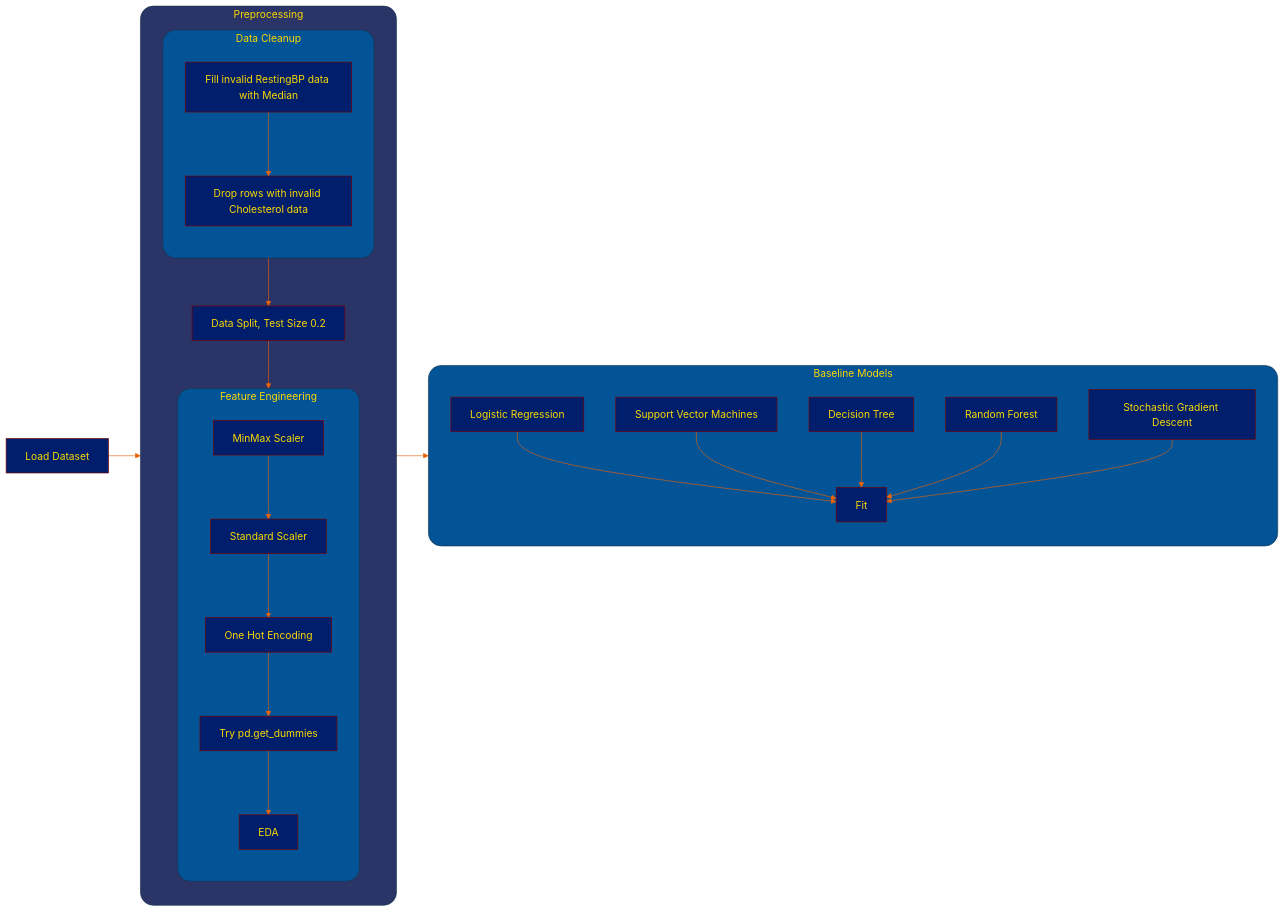
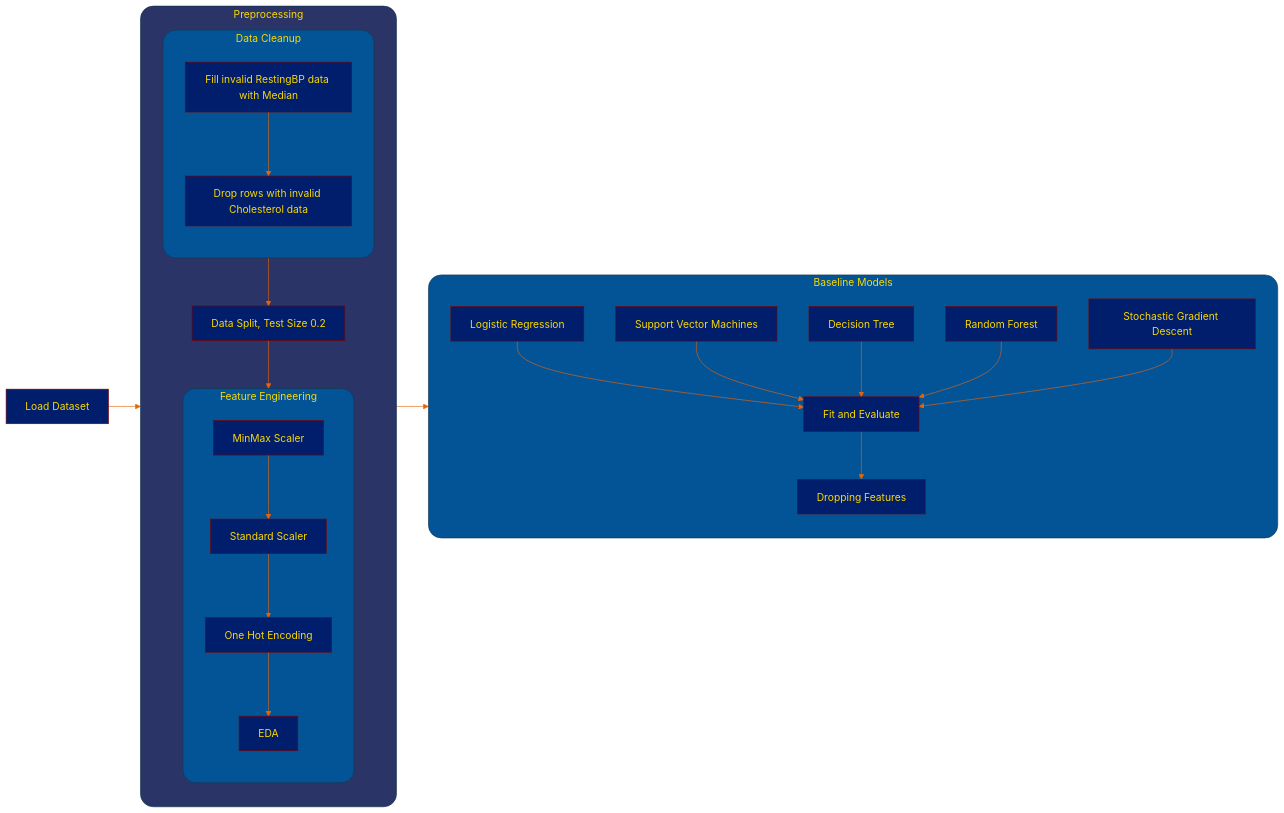
The diagram in README.md (rashika-dabas/Heart-Failure-Prediction), drawn with Mermaid before and after one commit.

````diff
--- a/README.md
+++ b/README.md
@@ -7,62 +7,62 @@
 ```mermaid
 %%{
   init: {
     'theme': 'base',
     'themeVariables': {
       'primaryColor': '#001E6C',
       'primaryTextColor': '#FCD900',
       'primaryBorderColor': '#7C0000',
       'lineColor': '#E8630A',
       'secondaryColor': '#BAD7E9',
       'tertiaryColor': '#035397'
     }
   }
 }%%
 
 graph LR
     subgraph prepro[Preprocessing]
         direction TB
         clean --> split[Data Split, Test Size 0.2]
         split --> enc
     end
     style prepro fill:#2B3467,color:#FCD900,rx:20,ry:20;
 
     subgraph clean[Data Cleanup]
         direction TB
         CA[Fill invalid RestingBP data with Median] --> CB[Drop rows with invalid Cholesterol data] 
     end
     style clean color:#FCD900,rx:20,ry:20;
 
 
     subgraph enc[Feature Engineering]
         direction TB
         EA[MinMax Scaler] --> EB[Standard Scaler]
         EB --> EC[One Hot Encoding]
-        EC --> ED[Try pd.get_dummies]
-        ED --> EE[EDA]
+        EC --> ED[EDA]
     end
     style enc color:#FCD900,rx:20,ry:20;
 
     subgraph blmodel[Baseline Models]
         direction TB
         BA[Logistic Regression]
         BB[Support Vector Machines]
         BC[Decision Tree]
         BD[Random Forest]
         BE[Stochastic Gradient Descent]
-        BF[Fit]
+        BF[Fit and Evaluate]
         BA --> BF
         BB --> BF
         BC --> BF
         BD --> BF
         BE --> BF
+        BF --> BG[Dropping Features]
 
 
 
     end
     style blmodel color:#FCD900,rx:20,ry:20;
 
     A[Load Dataset] --> prepro
     prepro --> blmodel
 
 ```
````
